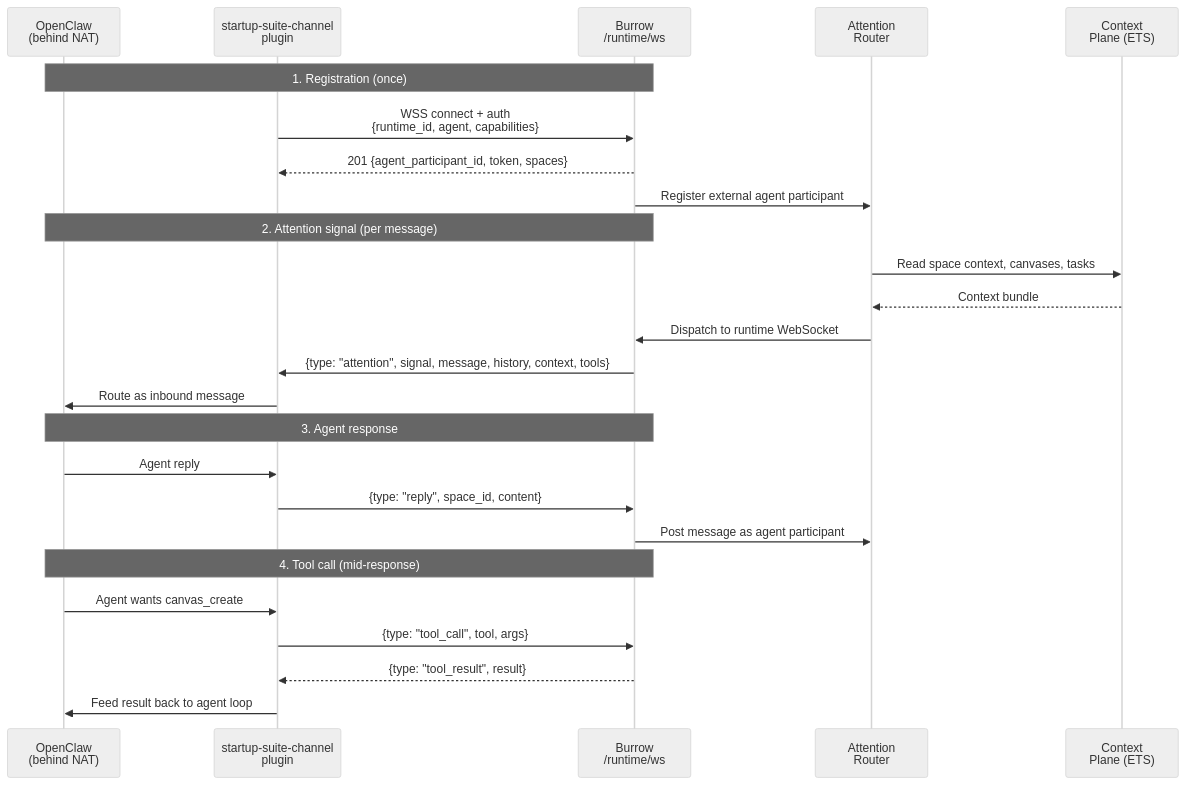
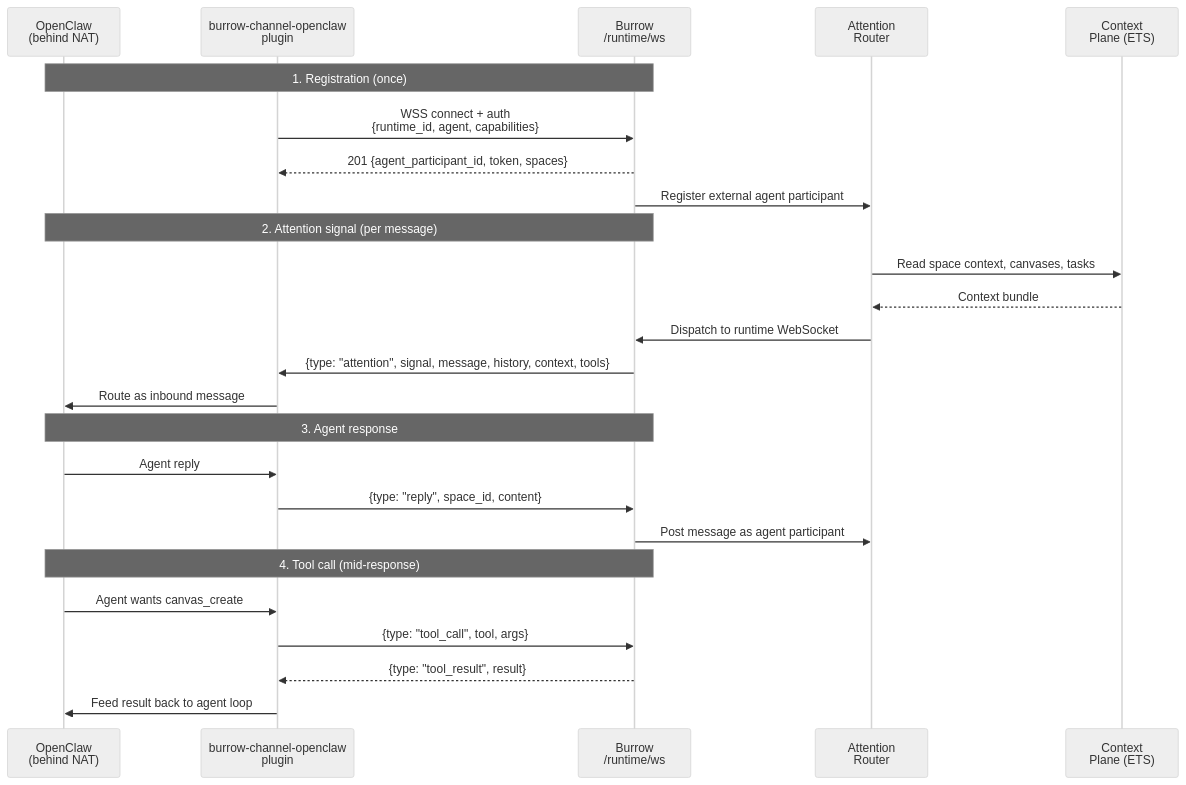
The second of 4 diagrams in docs/architecture/federation-overview.md (GetBurrowing/core), drawn with Mermaid (neutral theme) before and after one commit. The commit also changed other lines of this file and 15 other files, not shown here.

````diff
--- a/docs/architecture/federation-overview.md
+++ b/docs/architecture/federation-overview.md
@@ -79,31 +79,31 @@
 ```mermaid
 sequenceDiagram
     participant OC as OpenClaw<br>(behind NAT)
-    participant Plugin as startup-suite-channel<br>plugin
+    participant Plugin as burrow-channel-openclaw<br>plugin
     participant Burrow as Burrow<br>/runtime/ws
     participant AR as Attention<br>Router
     participant CP as Context<br>Plane (ETS)
 
     Note over OC,Burrow: 1. Registration (once)
     Plugin->>Burrow: WSS connect + auth<br>{runtime_id, agent, capabilities}
     Burrow-->>Plugin: 201 {agent_participant_id, token, spaces}
     Burrow->>AR: Register external agent participant
 
     Note over OC,Burrow: 2. Attention signal (per message)
     AR->>CP: Read space context, canvases, tasks
     CP-->>AR: Context bundle
     AR->>Burrow: Dispatch to runtime WebSocket
     Burrow->>Plugin: {type: "attention", signal, message, history, context, tools}
     Plugin->>OC: Route as inbound message
 
     Note over OC,Burrow: 3. Agent response
     OC->>Plugin: Agent reply
     Plugin->>Burrow: {type: "reply", space_id, content}
     Burrow->>AR: Post message as agent participant
 
     Note over OC,Burrow: 4. Tool call (mid-response)
     OC->>Plugin: Agent wants canvas_create
     Plugin->>Burrow: {type: "tool_call", tool, args}
     Burrow-->>Plugin: {type: "tool_result", result}
     Plugin->>OC: Feed result back to agent loop
 ```
````
